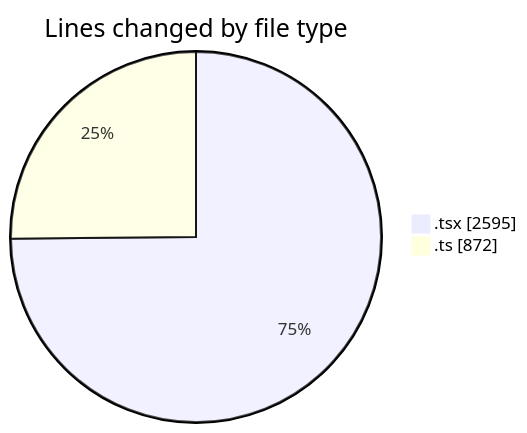
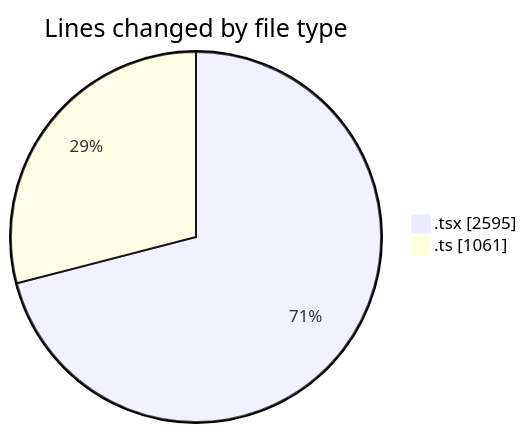
Before and after one commit to nxtqubesakshisongat/code-tracking: the first of 2 diagrams in 2026-02-19/nxtqube_webapp/README.md, drawn with Mermaid. The commit also changed other lines of this file and 1 other file, not shown here.

````diff
--- a/2026-02-19/nxtqube_webapp/README.md
+++ b/2026-02-19/nxtqube_webapp/README.md
@@ -26,6 +27,6 @@
 ```mermaid
 pie showData
 title Lines changed by file type
 ".tsx" : 2595
-".ts" : 872
+".ts" : 1061
 ```
````
